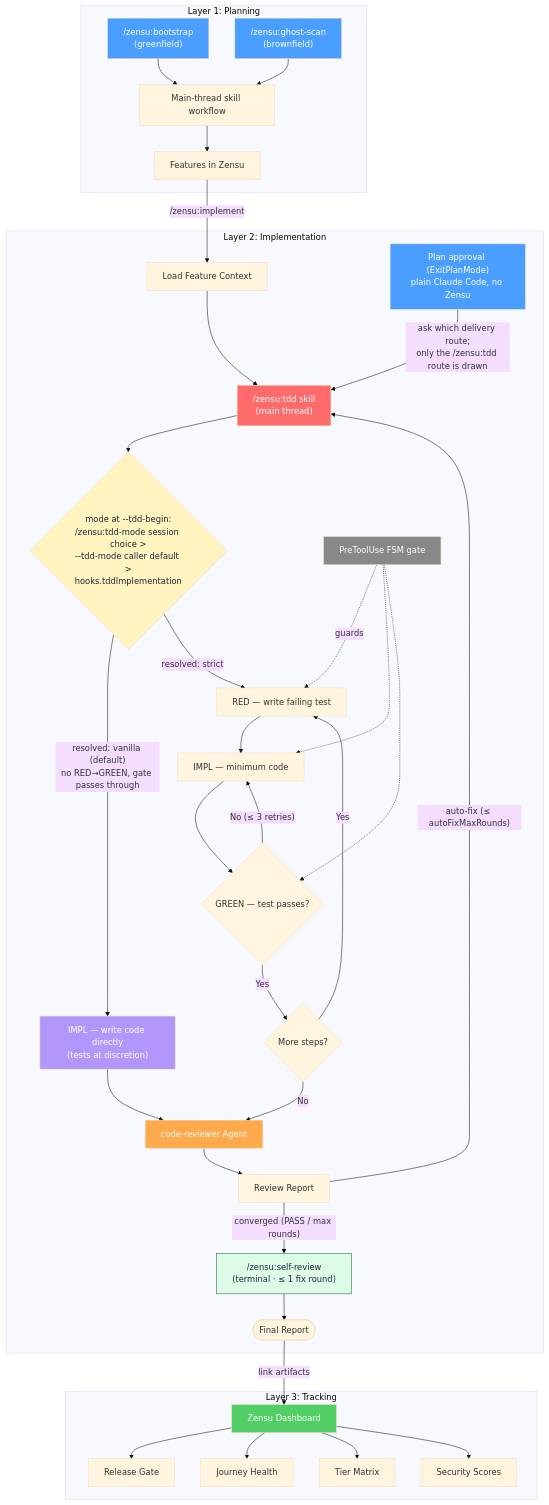
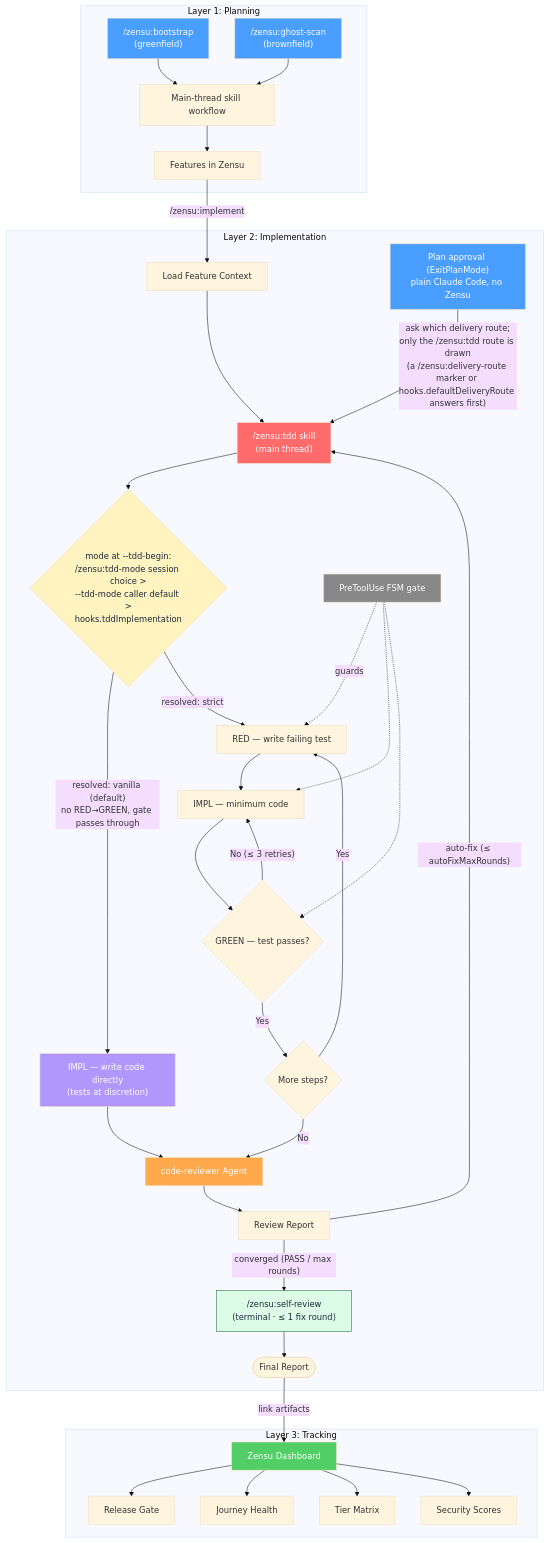
One commit to MKITConsulting/zensu-claude-code changed the diagram in docs/architecture.md. Above: the diagram before and after it, drawn with Mermaid (base theme). The commit also changed 49 other files, not shown here.

First line of the commit message:
feat(delivery-route): make the delivery-route answer session-sticky (#324)

````diff
--- a/docs/architecture.md
+++ b/docs/architecture.md
@@ -32,50 +32,50 @@
 ```mermaid
 flowchart TD
     subgraph Planning["Layer 1: Planning"]
         A1["/zensu:bootstrap<br/>(greenfield)"] --> B["Main-thread skill workflow"]
         A2["/zensu:ghost-scan<br/>(brownfield)"] --> B
         B --> C["Features in Zensu"]
     end
 
     subgraph Implementation["Layer 2: Implementation"]
         C -->|"/zensu:implement"| D["Load Feature Context"]
-        PLAIN["Plan approval (ExitPlanMode)<br/>plain Claude Code, no Zensu"] -->|"ask which delivery route;<br/>only the /zensu:tdd route is drawn"| E
+        PLAIN["Plan approval (ExitPlanMode)<br/>plain Claude Code, no Zensu"] -->|"ask which delivery route;<br/>only the /zensu:tdd route is drawn<br/>(a /zensu:delivery-route marker or hooks.defaultDeliveryRoute answers first)"| E
         D --> E["/zensu:tdd skill<br/>(main thread)"]
         E --> MODE{"mode at --tdd-begin:<br/>/zensu:tdd-mode session choice ><br/>--tdd-mode caller default ><br/>hooks.tddImplementation"}
         MODE -->|"resolved: vanilla (default)<br/>no RED→GREEN, gate passes through"| VAN["IMPL — write code directly<br/>(tests at discretion)"]
         MODE -->|"resolved: strict"| RED["RED — write failing test"]
         VAN --> K
         RED --> IMPL["IMPL — minimum code"]
         IMPL --> GREEN{"GREEN — test passes?"}
         GREEN -->|"No (≤ 3 retries)"| IMPL
         GREEN -->|"Yes"| NEXT{"More steps?"}
         NEXT -->|"Yes"| RED
         NEXT -->|"No"| K["code-reviewer Agent"]
         K --> L["Review Report"]
         L -->|"auto-fix (≤ autoFixMaxRounds)"| E
         L -->|"converged (PASS / max rounds)"| SR["/zensu:self-review<br/>(terminal · ≤ 1 fix round)"]
         SR --> FR(["Final Report"])
         GATE["PreToolUse FSM gate"] -.guards.-> RED
         GATE -.-> IMPL
         GATE -.-> GREEN
     end
 
     subgraph Tracking["Layer 3: Tracking"]
         FR -->|"link artifacts"| M["Zensu Dashboard"]
         M --> Q["Release Gate"]
         M --> P["Journey Health"]
         M --> O["Tier Matrix"]
         M --> N["Security Scores"]
     end
 
     style A1 fill:#4a9eff,color:#fff
     style A2 fill:#4a9eff,color:#fff
     style PLAIN fill:#4a9eff,color:#fff
     style E fill:#ff6b6b,color:#fff
     style MODE fill:#fff3bf,color:#1e293b
     style VAN fill:#b197fc,color:#fff
     style GATE fill:#888,color:#fff
     style K fill:#ffa94d,color:#fff
     style SR fill:#dcfce7,stroke:#166534,color:#1e293b
     style M fill:#51cf66,color:#fff
 ```
````
